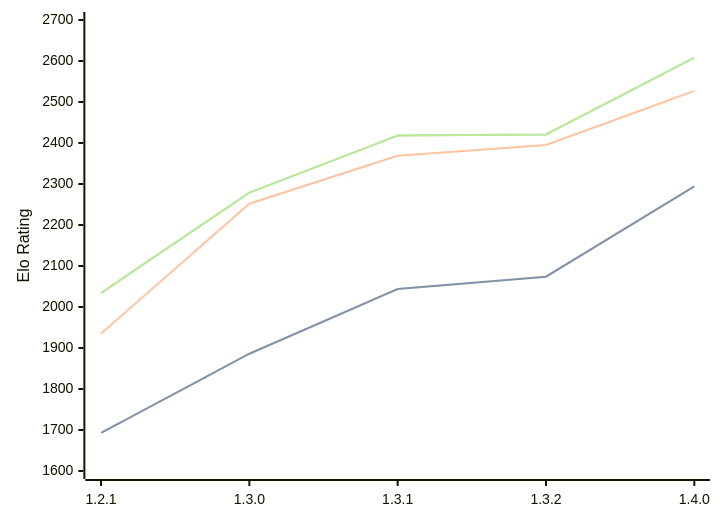
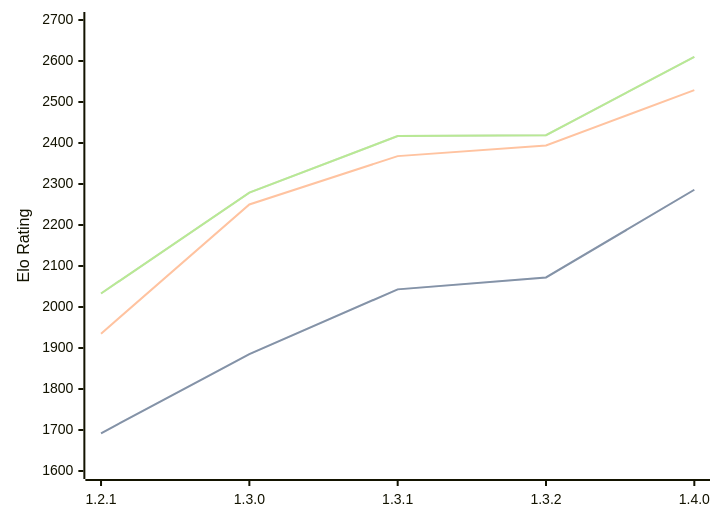
One commit to computer-chess-index/cci changed the diagram in engines/Chal.md. Above: the diagram before and after it, drawn with Mermaid. The commit also changed other lines of this file, not shown here.

Commit message:
Update CCI Ratings (ELO VLTC) - 2026-04-06

````diff
--- a/engines/Chal.md
+++ b/engines/Chal.md
@@ -38,11 +38,11 @@
 ```mermaid
 %%{init: {"theme":"base","themeVariables":{"seriesColors:['#a3a3a3','#222221','#faa371']}}}%%
 xychart-beta
   x-axis ["1.2.1", "1.3.0", "1.3.1", "1.3.2", "1.4.0"]
   y-axis "Elo Rating" 1600 --> 2700
-  line "STC (8.0+0.08s)" [1693, 1886, 2044, 2074, 2294]
-  line "STC (8.0+0.08s)" [1693, 1886, 2044, 2074, 2294]
-  line "LTC (60.0+0.60s)" [1935, 2252, 2369, 2395, 2527]
-  line "VLTC (2m24s+1.12s)" [2034, 2279, 2418, 2421, 2608]
-  line "VLTC (2m24s+1.12s)" [2034, 2279, 2418, 2421, 2608]
+  line "STC (8.0+0.08s)" [1692, 1885, 2043, 2072, 2286]
+  line "STC (8.0+0.08s)" [1692, 1885, 2043, 2072, 2286]
+  line "LTC (60.0+0.60s)" [1935, 2250, 2368, 2394, 2529]
+  line "VLTC (2m24s+1.12s)" [2033, 2279, 2417, 2419, 2610]
+  line "VLTC (2m24s+1.12s)" [2033, 2279, 2417, 2419, 2610]
 ```
````
